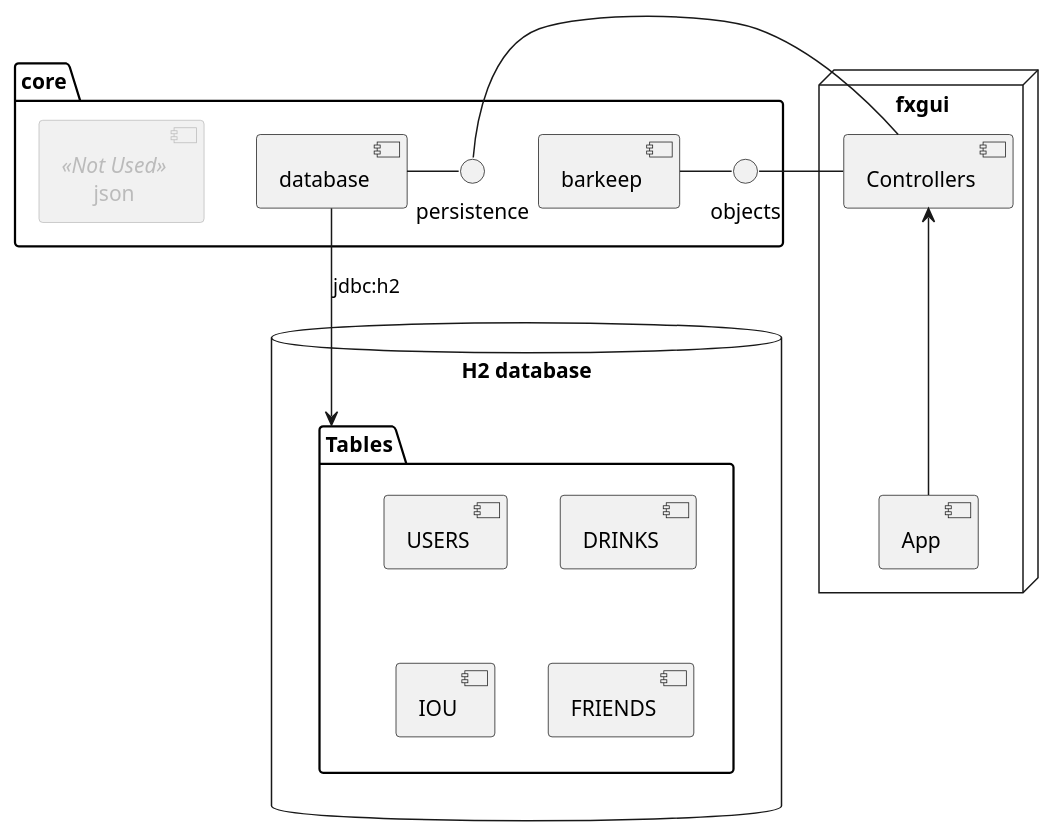
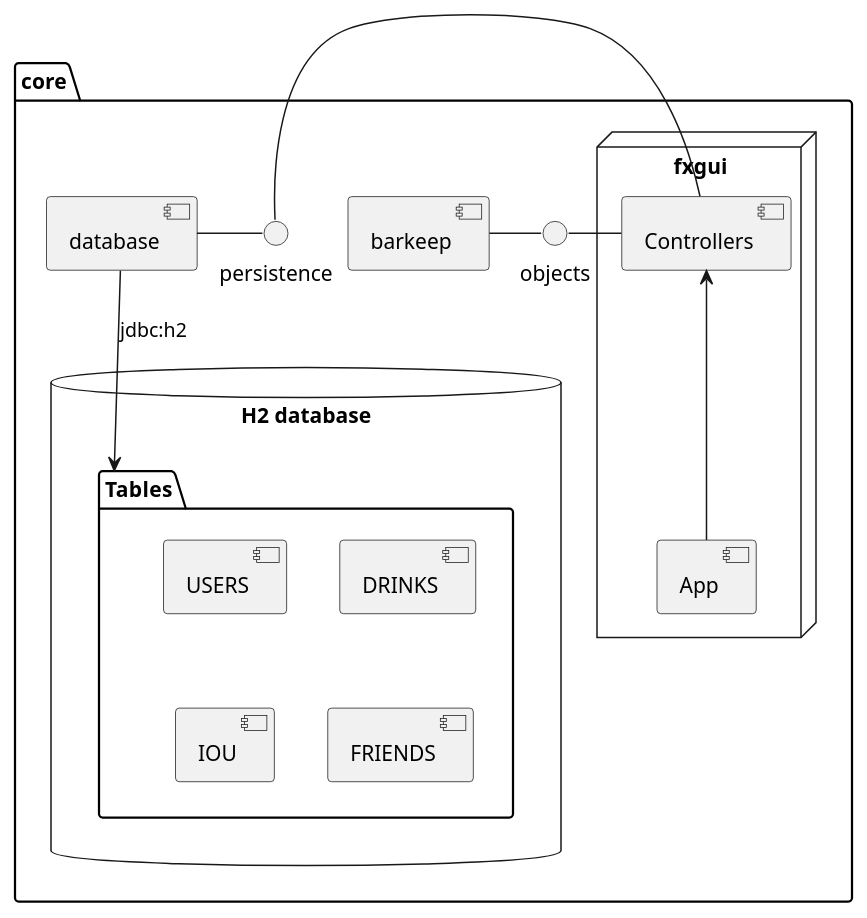
The diagram in moduleRelations.wsd (trymtv/IT1901-Barkeep), drawn with PlantUML before and after one commit.

```diff
--- a/moduleRelations.wsd
+++ b/moduleRelations.wsd
@@ -1,32 +1,30 @@
 @startuml moduleRelation
 package "core" {
   [barkeep] -objects
   [database] - persistence
 
-[json] <<Not Used>>
-}
 
 node "fxgui" {
 [Controllers] <-- [App]
 [Controllers] - objects
 [Controllers] - persistence
 }
 
 
 database "H2 database" {
   folder "Tables" as db {
     [USERS]
 [DRINKS]
 [IOU]
 [FRIENDS]
   }
 }
 
 
 [database] --> db : jdbc:h2
 
 skinparam component{
 FontColor<<Not Used>> #BBBBBB
 BorderColor<<Not Used>> #BBBBBB
 }
 @enduml
```
